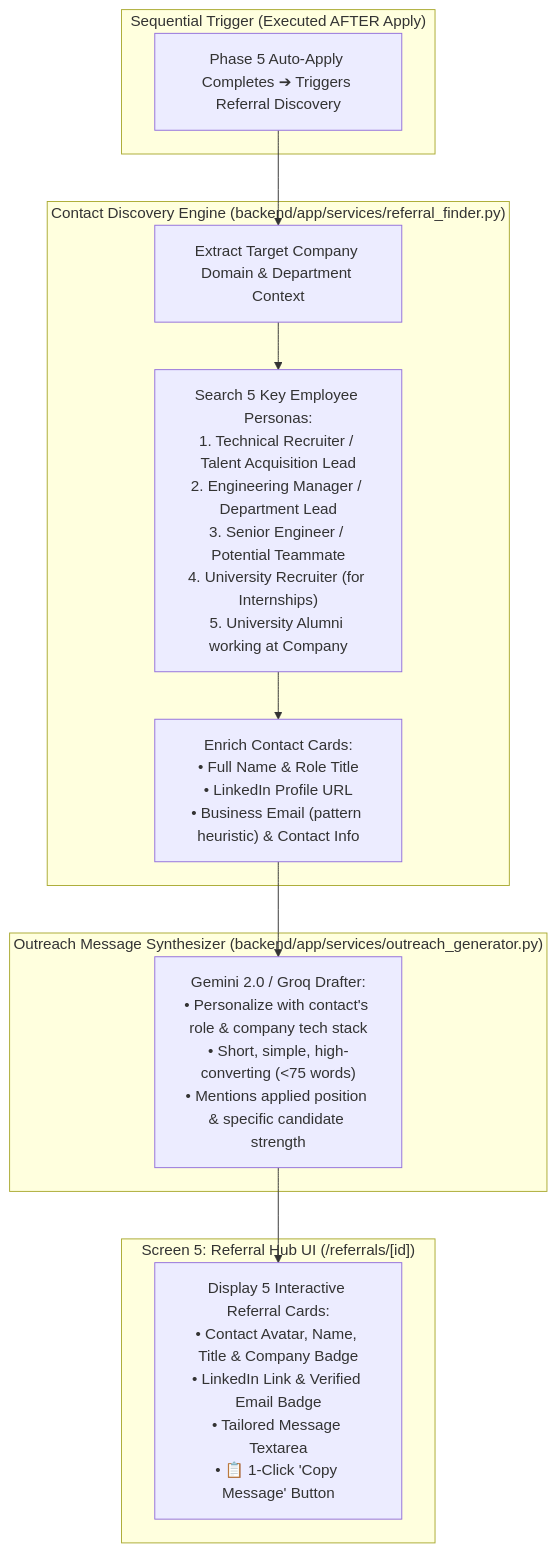
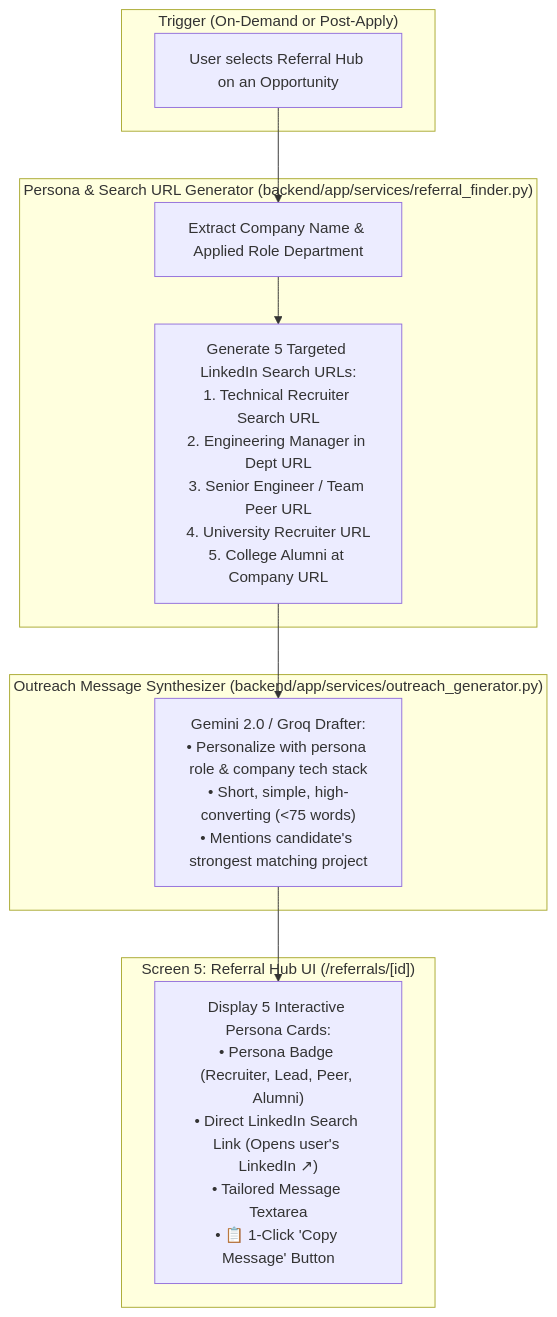
One commit to creed-online/getaJob.ai changed the sixth of 7 diagrams in Docs/IMPLEMENTATION_PLAN.md. Above: the diagram before and after it, drawn with Mermaid. The commit also changed other lines of this file and 5 other files, not shown here.

Commit message:
feat: scaffold production codebase structure and finalize v2 architecture docs

````diff
--- a/Docs/IMPLEMENTATION_PLAN.md
+++ b/Docs/IMPLEMENTATION_PLAN.md
@@ -370,22 +372,21 @@
 ```mermaid
 flowchart TD
-    subgraph Trigger ["Sequential Trigger (Executed AFTER Apply)"]
-        PostApply["Phase 5 Auto-Apply Completes ➔ Triggers Referral Discovery"]
+    subgraph Trigger ["Trigger (On-Demand or Post-Apply)"]
+        PostApply["User selects Referral Hub on an Opportunity"]
     end
 
-    subgraph DiscoveryEngine ["Contact Discovery Engine (backend/app/services/referral_finder.py)"]
-        ExtractTarget["Extract Target Company Domain & Department Context"]
-        FindPersonas["Search 5 Key Employee Personas:\n1. Technical Recruiter / Talent Acquisition Lead\n2. Engineering Manager / Department Lead\n3. Senior Engineer / Potential Teammate\n4. University Recruiter (for Internships)\n5. University Alumni working at Company"]
-        EnrichContacts["Enrich Contact Cards:\n• Full Name & Role Title\n• LinkedIn Profile URL\n• Business Email (pattern heuristic) & Contact Info"]
+    subgraph PersonaEngine ["Persona & Search URL Generator (backend/app/services/referral_finder.py)"]
+        ExtractTarget["Extract Company Name & Applied Role Department"]
+        BuildSearches["Generate 5 Targeted LinkedIn Search URLs:\n1. Technical Recruiter Search URL\n2. Engineering Manager in Dept URL\n3. Senior Engineer / Team Peer URL\n4. University Recruiter URL\n5. College Alumni at Company URL"]
     end
 
     subgraph MessageGenerator ["Outreach Message Synthesizer (backend/app/services/outreach_generator.py)"]
-        Synthesize["Gemini 2.0 / Groq Drafter:\n• Personalize with contact's role & company tech stack\n• Short, simple, high-converting (<75 words)\n• Mentions applied position & specific candidate strength"]
+        Synthesize["Gemini 2.0 / Groq Drafter:\n• Personalize with persona role & company tech stack\n• Short, simple, high-converting (<75 words)\n• Mentions candidate's strongest matching project"]
     end
 
     subgraph S5_UI ["Screen 5: Referral Hub UI (/referrals/[id])"]
-        RenderCards["Display 5 Interactive Referral Cards:\n• Contact Avatar, Name, Title & Company Badge\n• LinkedIn Link & Verified Email Badge\n• Tailored Message Textarea\n• 📋 1-Click 'Copy Message' Button"]
+        RenderCards["Display 5 Interactive Persona Cards:\n• Persona Badge (Recruiter, Lead, Peer, Alumni)\n• Direct LinkedIn Search Link (Opens user's LinkedIn ↗)\n• Tailored Message Textarea\n• 📋 1-Click 'Copy Message' Button"]
     end
 
-    PostApply --> ExtractTarget --> FindPersonas --> EnrichContacts --> Synthesize --> RenderCards
+    PostApply --> ExtractTarget --> BuildSearches --> Synthesize --> RenderCards
 ```
````
